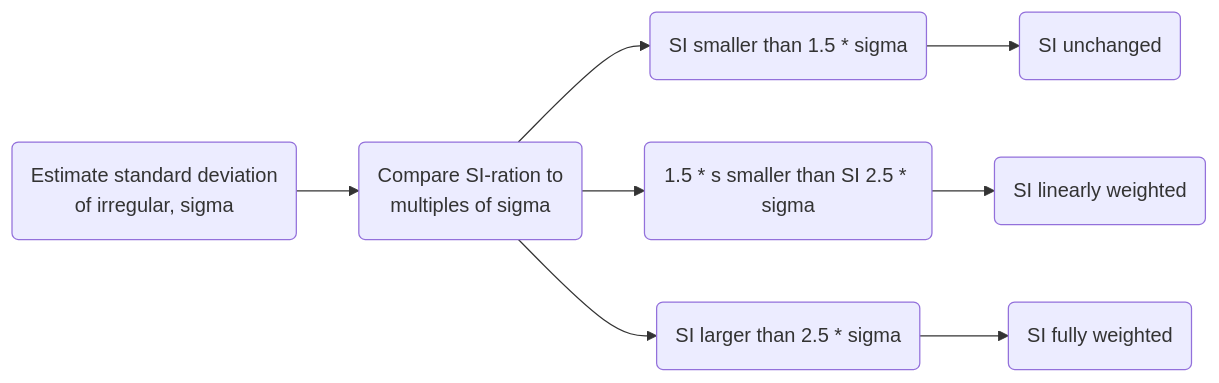
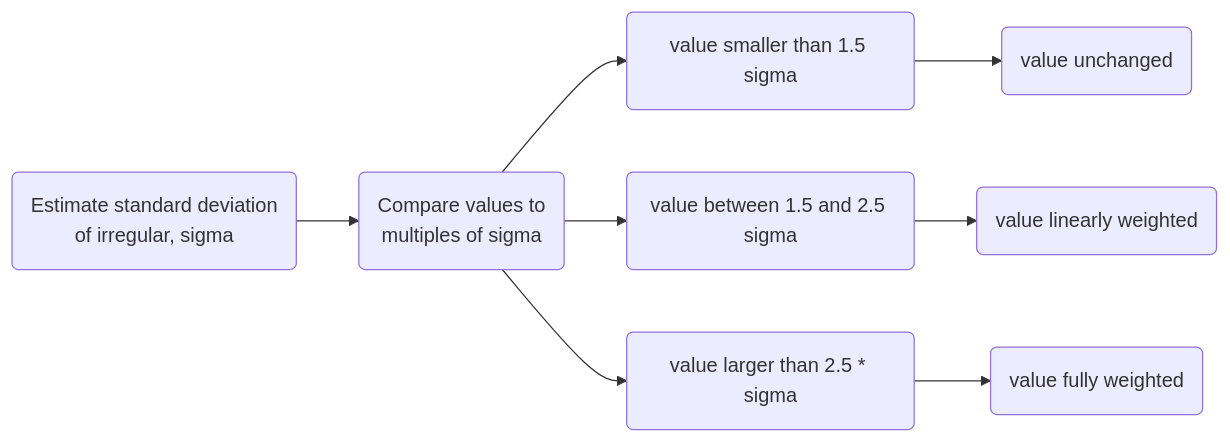
One commit to christophsax/seasonalbook.content changed the diagram in 24-x11.qmd. Above: the diagram before and after it, drawn with Mermaid. The commit also changed other lines of this file and 1 other file, not shown here.

Commit message:
extreme values

````diff
--- a/24-x11.qmd
+++ b/24-x11.qmd
@@ -336,14 +336,14 @@
 ```{mermaid}
 %%| label: fig-spec-interaction
 %%| fig-width: 9
 %%| fig-cap: |
-%%|   Default behavior of Extreme value replacement procedure.
+%%|   Default behavior of extreme value replacement procedure.
 flowchart LR
-    A(  Estimate standard deviation <br> of irregular, sigma  )-->B(Compare SI-ration to <br> multiples of sigma)
-    B-->C(SI smaller than 1.5 * sigma)
-    B-->D(1.5 * s smaller than SI 2.5 * sigma)
-    B-->E(SI larger than 2.5 * sigma)
-    C --> F(SI unchanged)
-    D --> G(SI linearly weighted)
-    E --> H(SI fully weighted)
+    A(Estimate standard deviation <br> of irregular, sigma)-->B(Compare values to <br> multiples of sigma)
+    B-->C(value smaller than 1.5 sigma)
+    B-->D(value between 1.5 and 2.5 sigma)
+    B-->E(value larger than 2.5 * sigma)
+    C --> F(value unchanged)
+    D --> G(value linearly weighted)
+    E --> H(value fully weighted)
 ```
````
